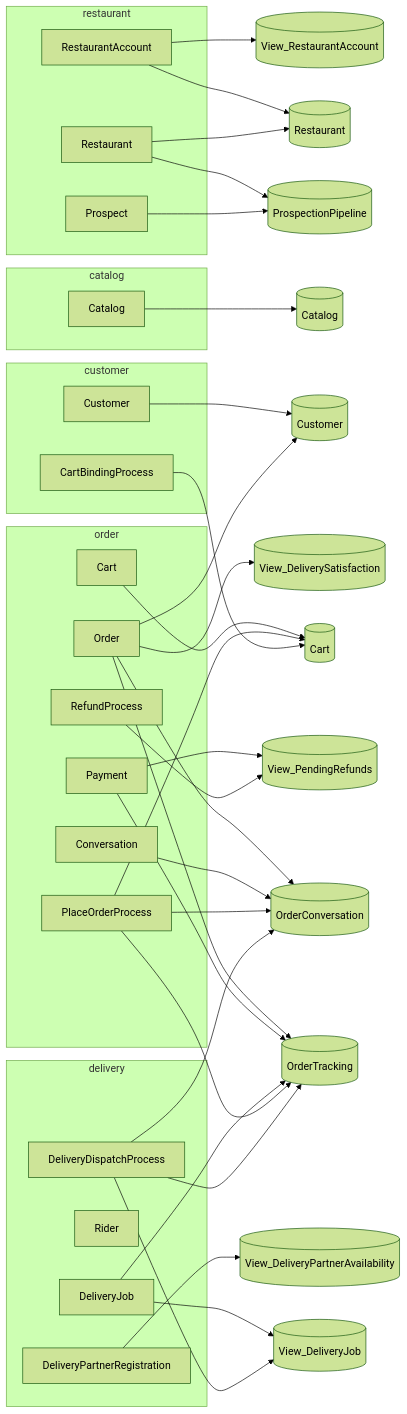
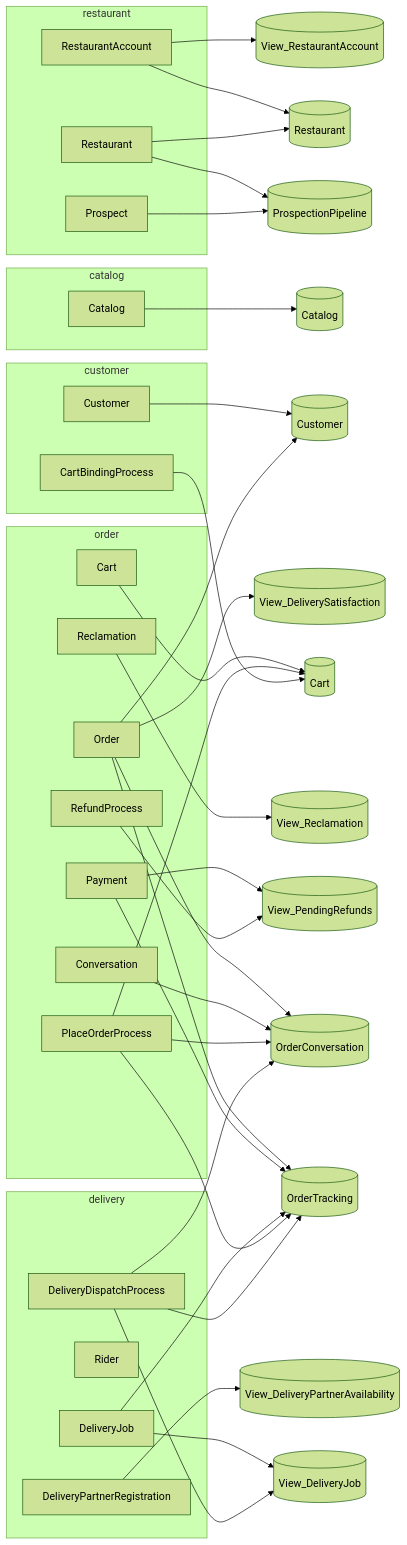
Before and after one commit to TheCaptainCompany/captain-food: the second of 6 diagrams in specs/generated/c4.generated.md, drawn with Mermaid (forest theme). The commit also changed 37 other files, not shown here.

````diff
--- a/specs/generated/c4.generated.md
+++ b/specs/generated/c4.generated.md
@@ -64,67 +64,70 @@
 ```mermaid
 flowchart LR
   subgraph g_restaurant["restaurant"]
     a_RestaurantAccount["RestaurantAccount"]
     a_Restaurant["Restaurant"]
     a_Prospect["Prospect"]
   end
   subgraph g_catalog["catalog"]
     a_Catalog["Catalog"]
   end
   subgraph g_order["order"]
     a_Cart["Cart"]
     a_Order["Order"]
     a_Payment["Payment"]
     a_Conversation["Conversation"]
+    a_Reclamation["Reclamation"]
     a_PlaceOrderProcess["PlaceOrderProcess"]
     a_RefundProcess["RefundProcess"]
   end
   subgraph g_customer["customer"]
     a_Customer["Customer"]
     a_CartBindingProcess["CartBindingProcess"]
   end
   subgraph g_delivery["delivery"]
     a_DeliveryJob["DeliveryJob"]
     a_Rider["Rider"]
     a_DeliveryPartnerRegistration["DeliveryPartnerRegistration"]
     a_DeliveryDispatchProcess["DeliveryDispatchProcess"]
   end
   v_View_RestaurantAccount[("View_RestaurantAccount")]
   v_Restaurant[("Restaurant")]
   v_ProspectionPipeline[("ProspectionPipeline")]
   v_View_DeliveryPartnerAvailability[("View_DeliveryPartnerAvailability")]
   v_Catalog[("Catalog")]
   v_Customer[("Customer")]
   v_Cart[("Cart")]
   v_OrderTracking[("OrderTracking")]
   v_OrderConversation[("OrderConversation")]
   v_View_DeliverySatisfaction[("View_DeliverySatisfaction")]
   v_View_PendingRefunds[("View_PendingRefunds")]
   v_View_DeliveryJob[("View_DeliveryJob")]
+  v_View_Reclamation[("View_Reclamation")]
   a_RestaurantAccount --> v_View_RestaurantAccount
   a_RestaurantAccount --> v_Restaurant
   a_Restaurant --> v_Restaurant
   a_Restaurant --> v_ProspectionPipeline
   a_Prospect --> v_ProspectionPipeline
   a_DeliveryPartnerRegistration --> v_View_DeliveryPartnerAvailability
   a_Catalog --> v_Catalog
   a_Customer --> v_Customer
   a_Cart --> v_Cart
   a_Order --> v_OrderTracking
   a_Order --> v_OrderConversation
   a_Order --> v_Customer
   a_Order --> v_View_DeliverySatisfaction
   a_Payment --> v_OrderTracking
   a_Payment --> v_View_PendingRefunds
   a_DeliveryJob --> v_View_DeliveryJob
   a_DeliveryJob --> v_OrderTracking
   a_Conversation --> v_OrderConversation
+  a_Reclamation --> v_View_Reclamation
   a_PlaceOrderProcess --> v_OrderTracking
   a_PlaceOrderProcess --> v_OrderConversation
   a_PlaceOrderProcess --> v_Cart
   a_RefundProcess --> v_View_PendingRefunds
   a_CartBindingProcess --> v_Cart
   a_DeliveryDispatchProcess --> v_View_DeliveryJob
   a_DeliveryDispatchProcess --> v_OrderTracking
   a_DeliveryDispatchProcess --> v_OrderConversation
 ```
````
